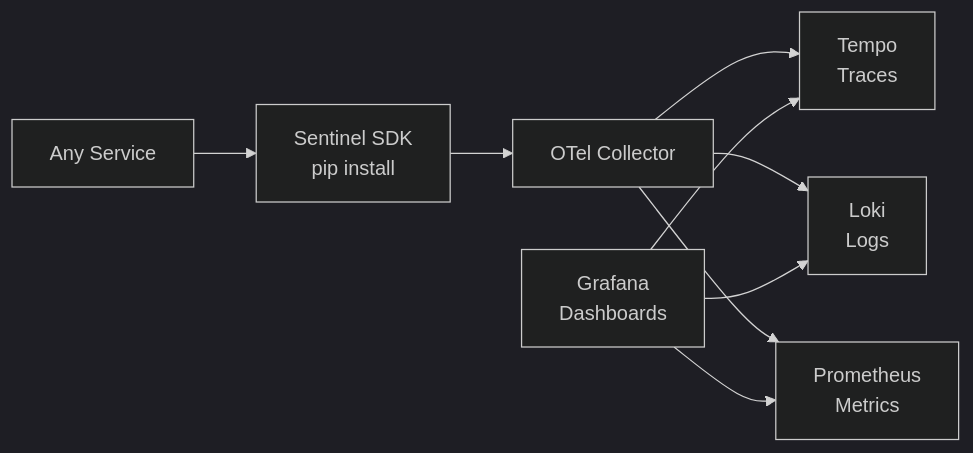
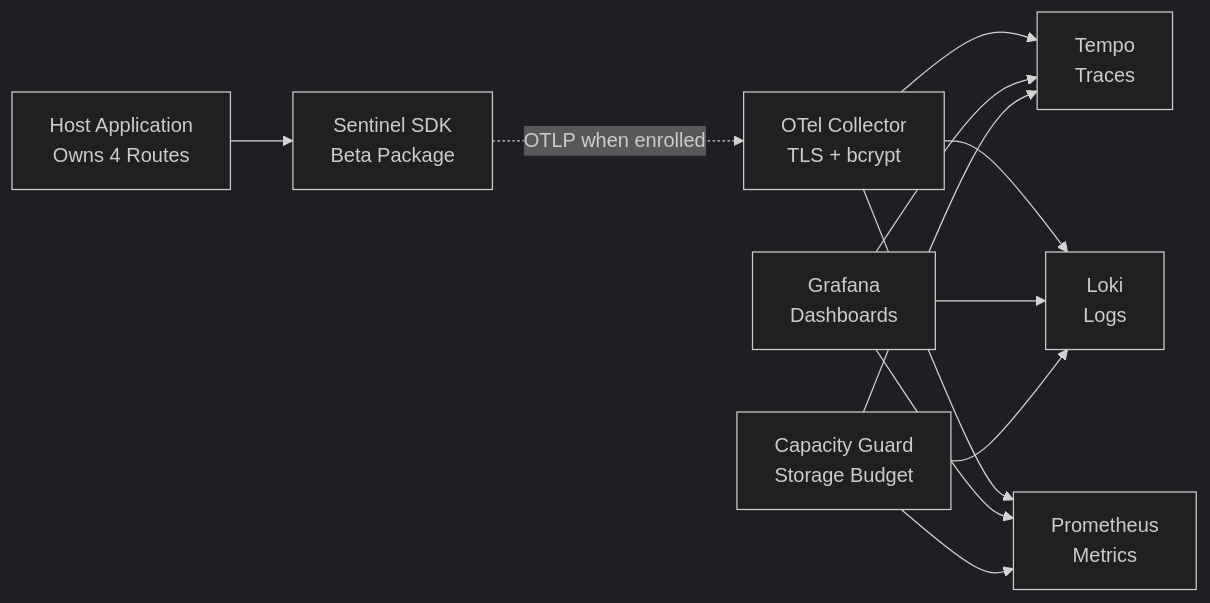
Before and after one commit to vsinghal3737/vsinghal3737: the seventh of 8 diagrams in README.md, drawn with Mermaid (dark theme). The commit also changed other lines of this file, not shown here.

````diff
--- a/README.md
+++ b/README.md
@@ -271,15 +314,23 @@
 ```mermaid
 flowchart LR
-    App["Any Service"]
-    SDK["Sentinel SDK<br/>pip install"]
-    Collector["OTel Collector"]
+    App["Host Application<br/>Owns 4 Routes"]
+    SDK["Sentinel SDK<br/>Beta Package"]
+    Collector["OTel Collector<br/>TLS + bcrypt"]
     Tempo["Tempo<br/>Traces"]
     Loki["Loki<br/>Logs"]
     Prom["Prometheus<br/>Metrics"]
     Grafana["Grafana<br/>Dashboards"]
+    Guard["Capacity Guard<br/>Storage Budget"]
 
     App --> SDK
-    SDK --> Collector
-    Collector --> Tempo & Loki & Prom
-    Grafana --> Tempo & Loki & Prom
+    SDK -. "OTLP when enrolled" .-> Collector
+    Collector --> Tempo
+    Collector --> Loki
+    Collector --> Prom
+    Grafana --> Tempo
+    Grafana --> Loki
+    Grafana --> Prom
+    Guard --> Tempo
+    Guard --> Loki
+    Guard --> Prom
 ```
````
